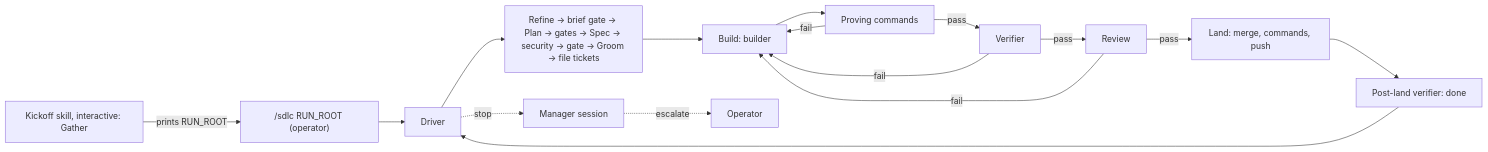
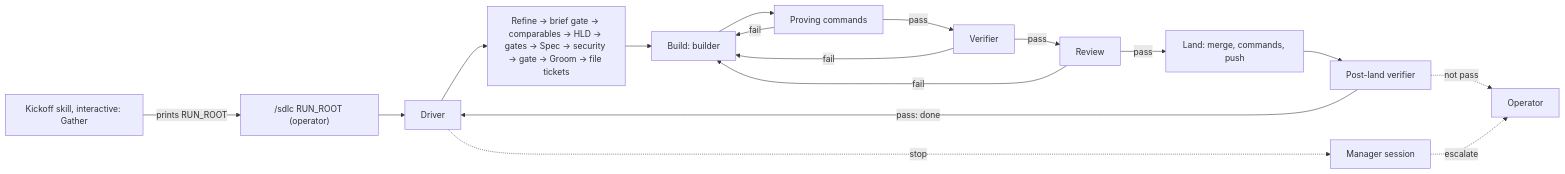
Before and after one commit to alexderz/agentic-toolbox: the diagram in maintainers/design/solo-dlc/hld.md, drawn with Mermaid. The commit also changed other lines of this file and 1 other file, not shown here.

Commit message:
[DER-421] Plan: HLD fix round 1

````diff
--- a/maintainers/design/solo-dlc/hld.md
+++ b/maintainers/design/solo-dlc/hld.md
@@ -558,18 +749,19 @@
 ```mermaid
 flowchart LR
   K[Kickoff skill, interactive: Gather] -->|prints RUN_ROOT| C["/sdlc RUN_ROOT (operator)"]
   C --> D[Driver]
-  D --> R[Refine → brief gate → Plan → gates → Spec → security → gate → Groom → file tickets]
+  D --> R[Refine → brief gate → comparables → HLD → gates → Spec → security → gate → Groom → file tickets]
   R --> B[Build: builder]
   B --> P[Proving commands]
   P -- fail --> B
   P -- pass --> V[Verifier]
   V -- fail --> B
   V -- pass --> RV[Review]
   RV -- fail --> B
   RV -- pass --> L[Land: merge, commands, push]
-  L --> PV[Post-land verifier: done]
-  PV --> D
+  L --> PV[Post-land verifier]
+  PV -- pass: done --> D
+  PV -. not pass .-> O
   D -. stop .-> M[Manager session]
   M -. escalate .-> O[Operator]
 ```
````
